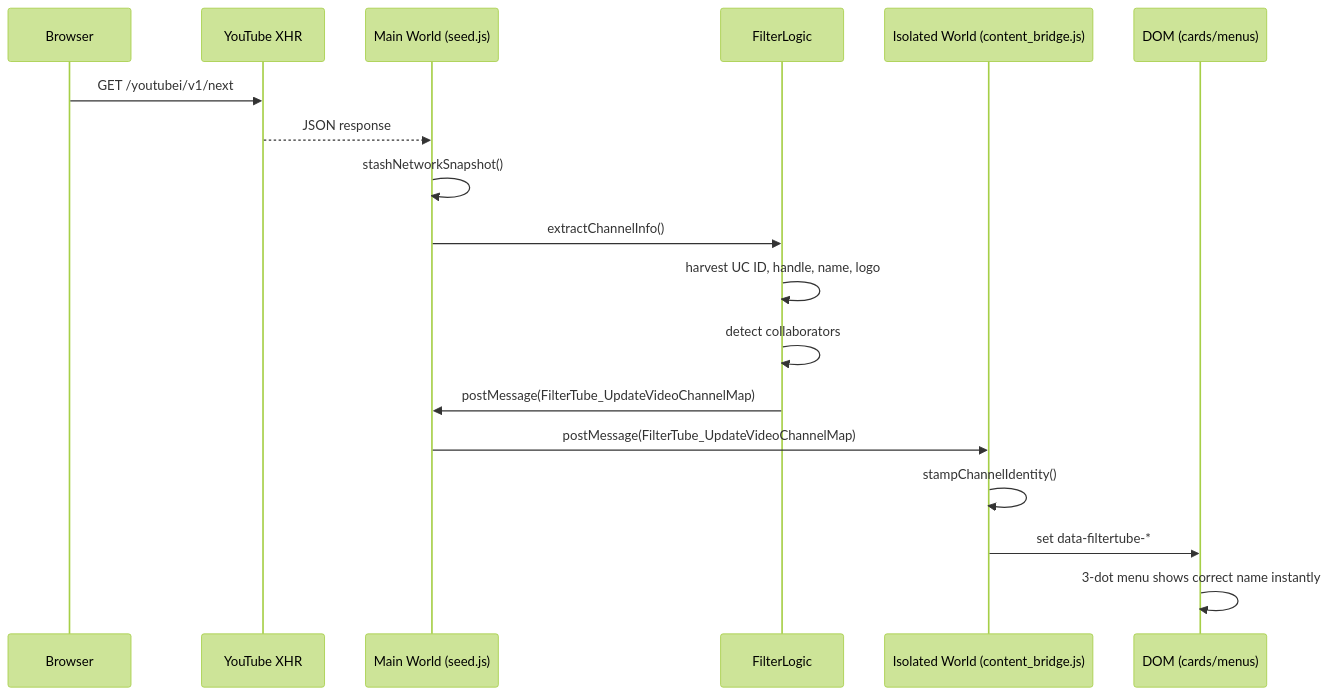
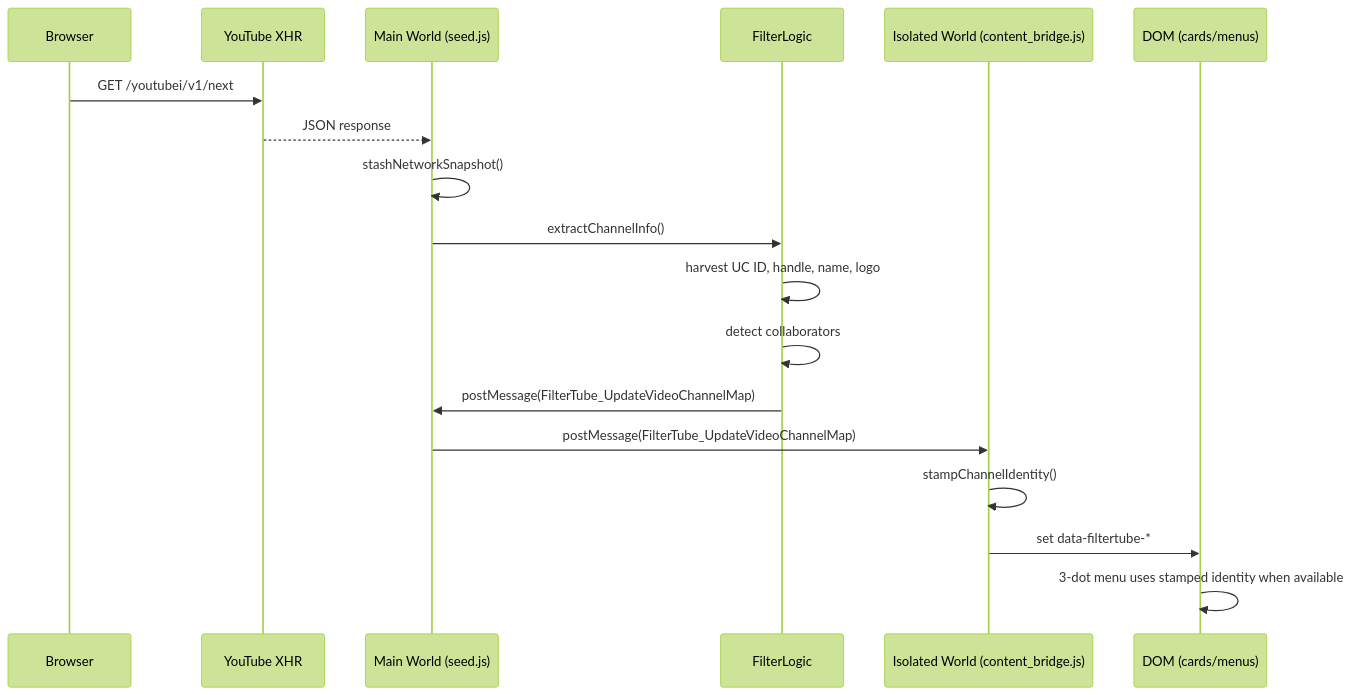
One commit to varshneydevansh/FilterTube changed the first of 3 diagrams in docs/PROACTIVE_CHANNEL_IDENTITY.md. Above: the diagram before and after it, drawn with Mermaid (forest theme). The commit also changed other lines of this file and 1145 other files, not shown here.

````diff
--- a/docs/PROACTIVE_CHANNEL_IDENTITY.md
+++ b/docs/PROACTIVE_CHANNEL_IDENTITY.md
@@ -119,21 +120,21 @@
 ```mermaid
 sequenceDiagram
     participant Browser
     participant XHR as YouTube XHR
     participant Main as Main World (seed.js)
     participant Filter as FilterLogic
     participant Isolated as Isolated World (content_bridge.js)
     participant DOM as DOM (cards/menus)
 
     Browser->>XHR: GET /youtubei/v1/next
     XHR-->>Main: JSON response
     Main->>Main: stashNetworkSnapshot()
     Main->>Filter: extractChannelInfo()
     Filter->>Filter: harvest UC ID, handle, name, logo
     Filter->>Filter: detect collaborators
     Filter->>Main: postMessage(FilterTube_UpdateVideoChannelMap)
     Main->>Isolated: postMessage(FilterTube_UpdateVideoChannelMap)
     Isolated->>Isolated: stampChannelIdentity()
     Isolated->>DOM: set data-filtertube-*
-    DOM->>DOM: 3-dot menu shows correct name instantly
+    DOM->>DOM: 3-dot menu uses stamped identity when available
 ```
````
